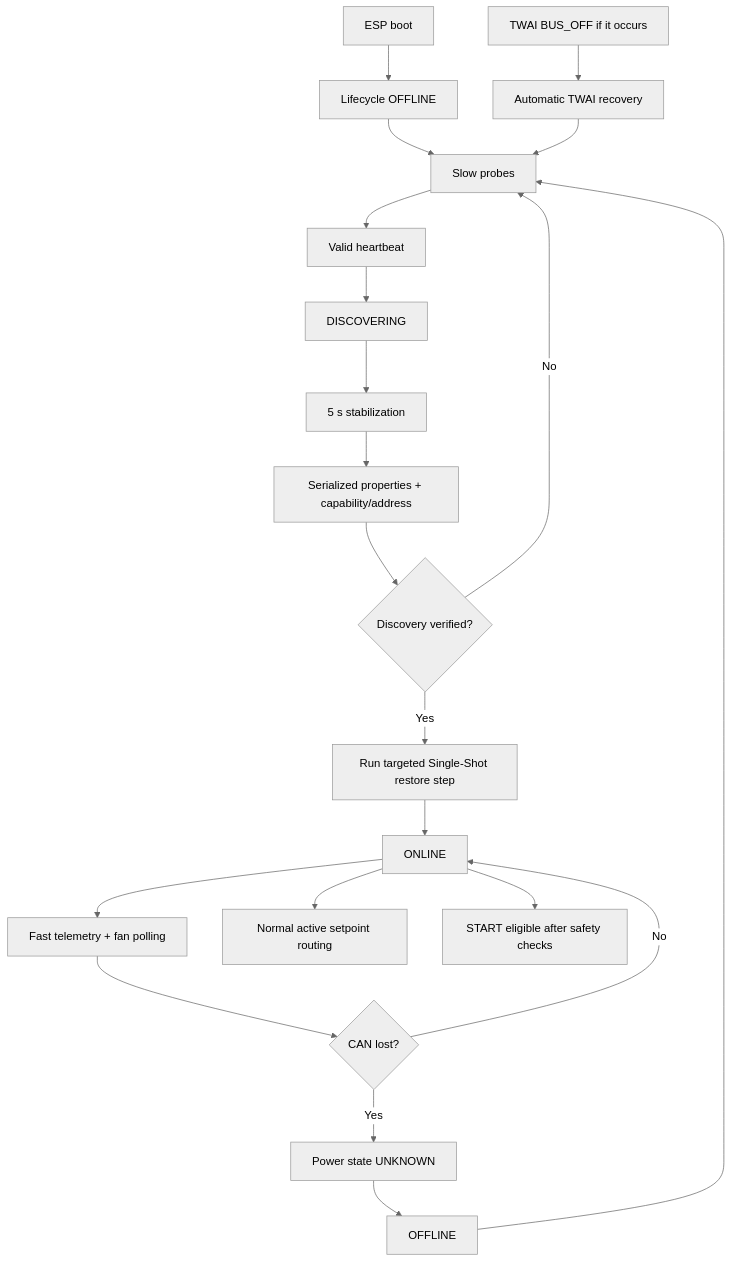
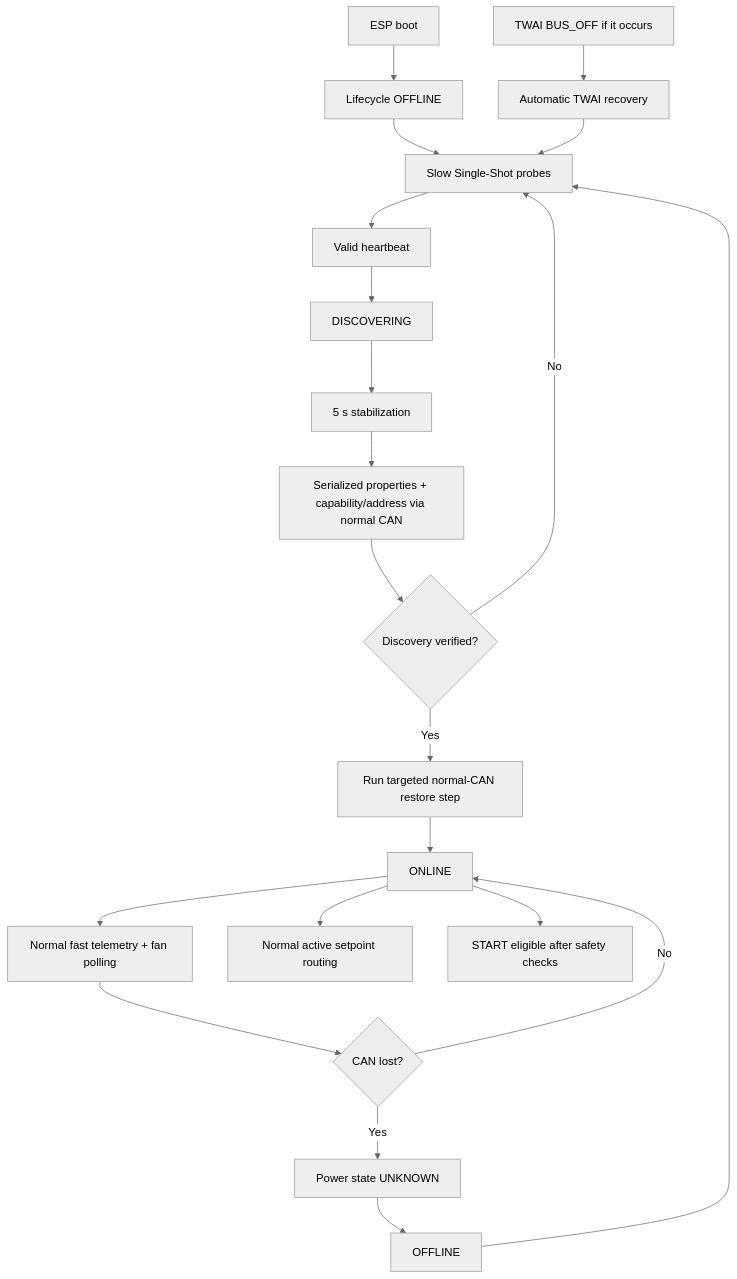
Before and after one commit to anwa/esphome-r4875g1-3phase-charger: diagram 20 of 20 in R4875G1_CONTROL_FLOWS.md, drawn with Mermaid (neutral theme). The commit also changed other lines of this file, not shown here.

Commit message:
Align control flows with stable CAN baseline

````diff
--- a/R4875G1_CONTROL_FLOWS.md
+++ b/R4875G1_CONTROL_FLOWS.md
@@ -690,23 +690,23 @@
 ```mermaid
 flowchart TD
     A[ESP boot] --> B[Lifecycle OFFLINE]
-    B --> C[Slow probes]
+    B --> C[Slow Single-Shot probes]
     C --> D[Valid heartbeat]
     D --> E[DISCOVERING]
     E --> F[5 s stabilization]
-    F --> G[Serialized properties + capability/address]
+    F --> G[Serialized properties + capability/address via normal CAN]
     G --> H{Discovery verified?}
     H -- No --> C
-    H -- Yes --> I[Run targeted Single-Shot restore step]
+    H -- Yes --> I[Run targeted normal-CAN restore step]
     I --> J[ONLINE]
-    J --> K[Fast telemetry + fan polling]
+    J --> K[Normal fast telemetry + fan polling]
     J --> L[Normal active setpoint routing]
     J --> M[START eligible after safety checks]
     K --> N{CAN lost?}
     N -- No --> J
     N -- Yes --> O[Power state UNKNOWN]
     O --> P[OFFLINE]
     P --> C
     Q[TWAI BUS_OFF if it occurs] --> R[Automatic TWAI recovery]
     R --> C
 ```
````
